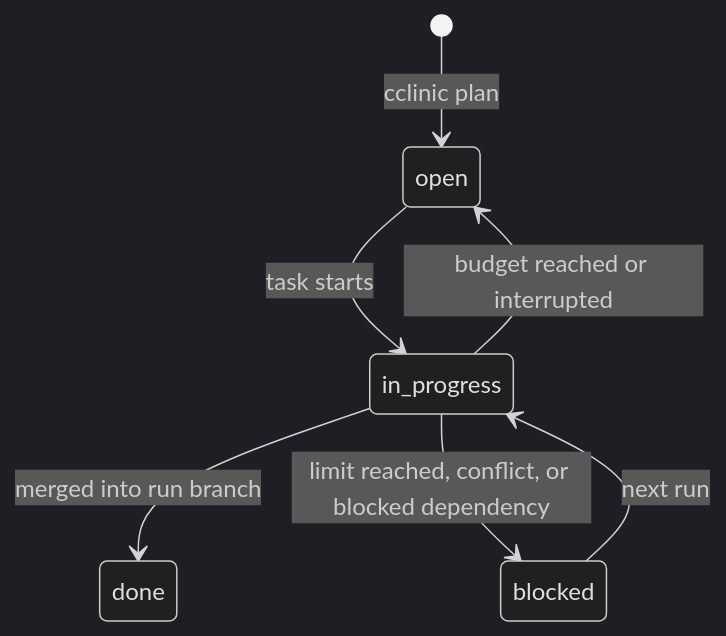
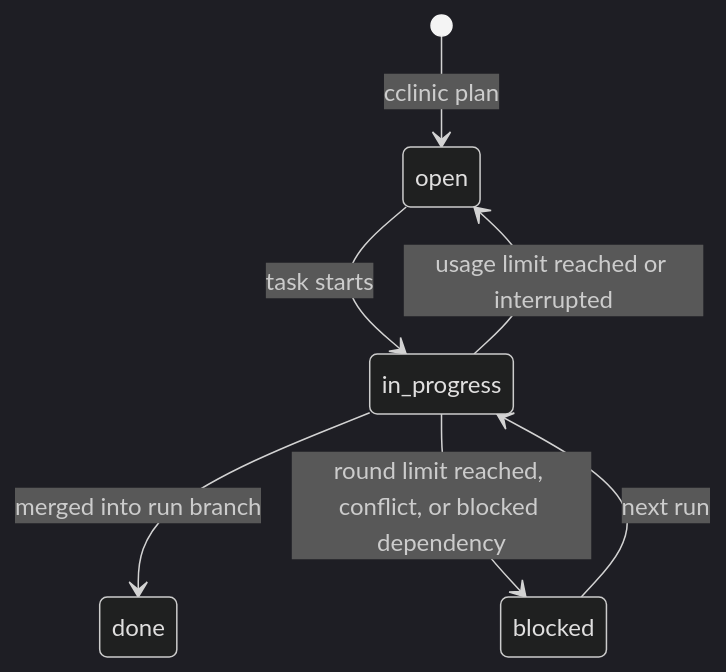
The ninth of 9 diagrams in AUTO_FLOW.md (Hayko97/cclinic), drawn with Mermaid (dark theme) before and after one commit. The commit also changed other lines of this file and 78 other files, not shown here.

````diff
--- a/AUTO_FLOW.md
+++ b/AUTO_FLOW.md
@@ -260,9 +260,9 @@
 ```mermaid
 stateDiagram-v2
     [*] --> open: cclinic plan
     open --> in_progress: task starts
     blocked --> in_progress: next run
     in_progress --> done: merged into run branch
-    in_progress --> blocked: limit reached, conflict, or blocked dependency
-    in_progress --> open: budget reached or interrupted
+    in_progress --> blocked: round limit reached, conflict, or blocked dependency
+    in_progress --> open: usage limit reached or interrupted
 ```
````
